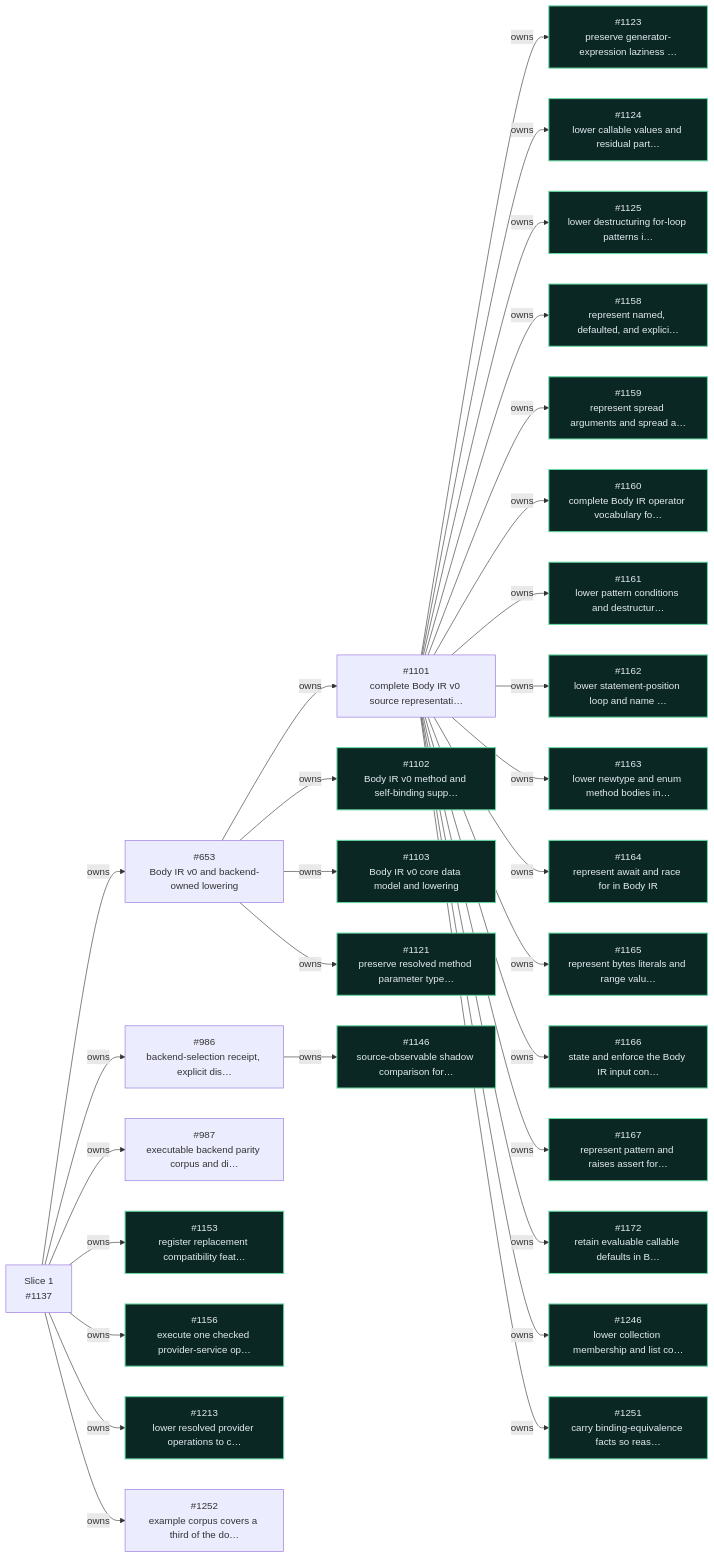
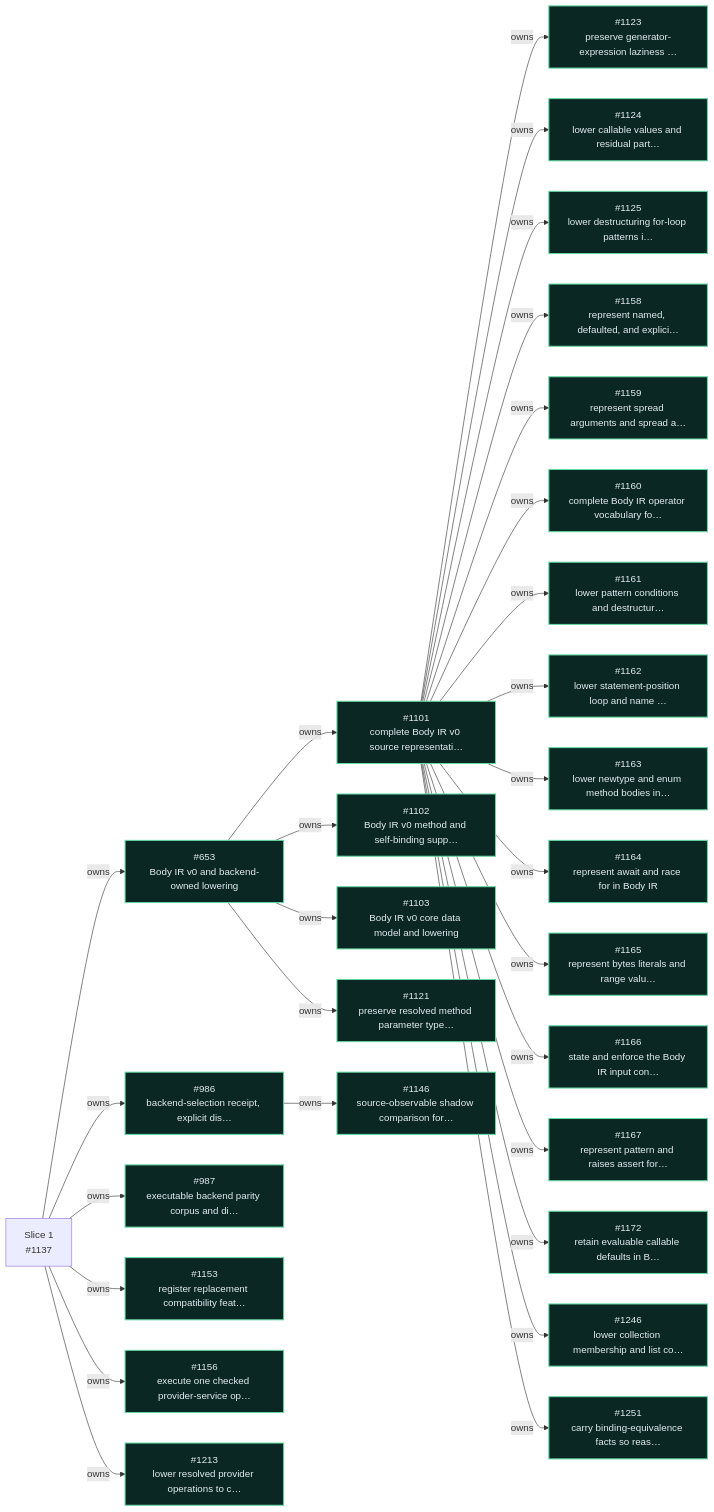
One commit to dannys-code-corner/incan changed the first of 8 diagrams in workspaces/docs-site/docs/_snippets/project/v0_6_roadmap.md. Above: the diagram before and after it, drawn with Mermaid. The commit also changed other lines of this file and 2 other files, not shown here.

Commit message:
chore - retire the stale Body IR residue list and close out the slice 1 trackers
The module boundary docs in src/frontend/body_ir.rs still described delivered
verticals -- if let / while let, destructuring clauses, await, race for -- as
named remaining work, and cited the closed #1158..#1167 sub-issue range as
open. The residue paragraph now states what actually refuses (the three
spread-layout shapes, all one fact gap) with reasons instead of owners, and a
stale "#1159 owns spread representation" note in calls.rs is corrected to say
what #1159 deliberately stopped short of.

The roadmap snapshot is regenerated after closing #653, #986, #987, #1101 on
their acceptance readbacks and moving #1252 to Slice 4 per the maintainer's
placement decision.

````diff
--- a/workspaces/docs-site/docs/_snippets/project/v0_6_roadmap.md
+++ b/workspaces/docs-site/docs/_snippets/project/v0_6_roadmap.md
@@ -91,7 +91,6 @@
   i1213["#1213<br/>lower resolved provider operations to c…"]
   i1246["#1246<br/>lower collection membership and list co…"]
   i1251["#1251<br/>carry binding-equivalence facts so reas…"]
-  i1252["#1252<br/>example corpus covers a third of the do…"]
   s1137 -- owns --> i653
   s1137 -- owns --> i986
   s1137 -- owns --> i987
@@ -119,9 +118,8 @@
   s1137 -- owns --> i1213
   i1101 -- owns --> i1246
   i1101 -- owns --> i1251
-  s1137 -- owns --> i1252
   classDef incv06complete fill:#0b2724,stroke:#66d9a3,color:#e4ebf2,stroke-width:1.7px
-  class i1102,i1103,i1121,i1123,i1124,i1125,i1146,i1153,i1156,i1158,i1159,i1160,i1161,i1162,i1163,i1164,i1165,i1166,i1167,i1172,i1213,i1246,i1251 incv06complete
+  class i653,i986,i987,i1101,i1102,i1103,i1121,i1123,i1124,i1125,i1146,i1153,i1156,i1158,i1159,i1160,i1161,i1162,i1163,i1164,i1165,i1166,i1167,i1172,i1213,i1246,i1251 incv06complete
   click i653 href "https://github.com/encero-systems/incan/issues/653" "Open #653 on GitHub"
   click i986 href "https://github.com/encero-systems/incan/issues/986" "Open #986 on GitHub"
   click i987 href "https://github.com/encero-systems/incan/issues/987" "Open #987 on GitHub"
@@ -150,5 +148,4 @@
   click i1213 href "https://github.com/encero-systems/incan/issues/1213" "Open #1213 on GitHub"
   click i1246 href "https://github.com/encero-systems/incan/issues/1246" "Open #1246 on GitHub"
   click i1251 href "https://github.com/encero-systems/incan/issues/1251" "Open #1251 on GitHub"
-  click i1252 href "https://github.com/encero-systems/incan/issues/1252" "Open #1252 on GitHub"
 ```
````
